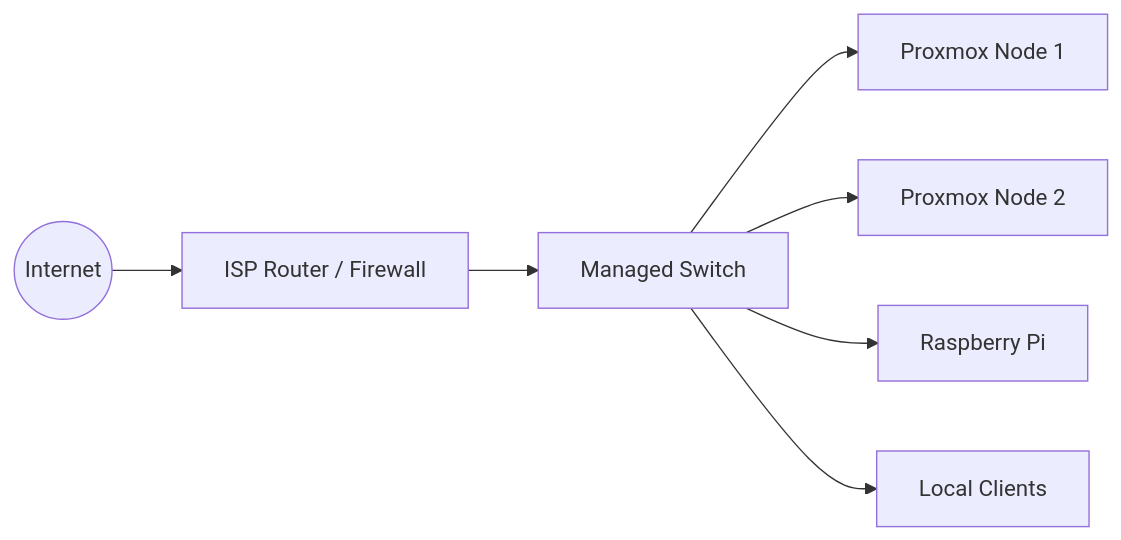
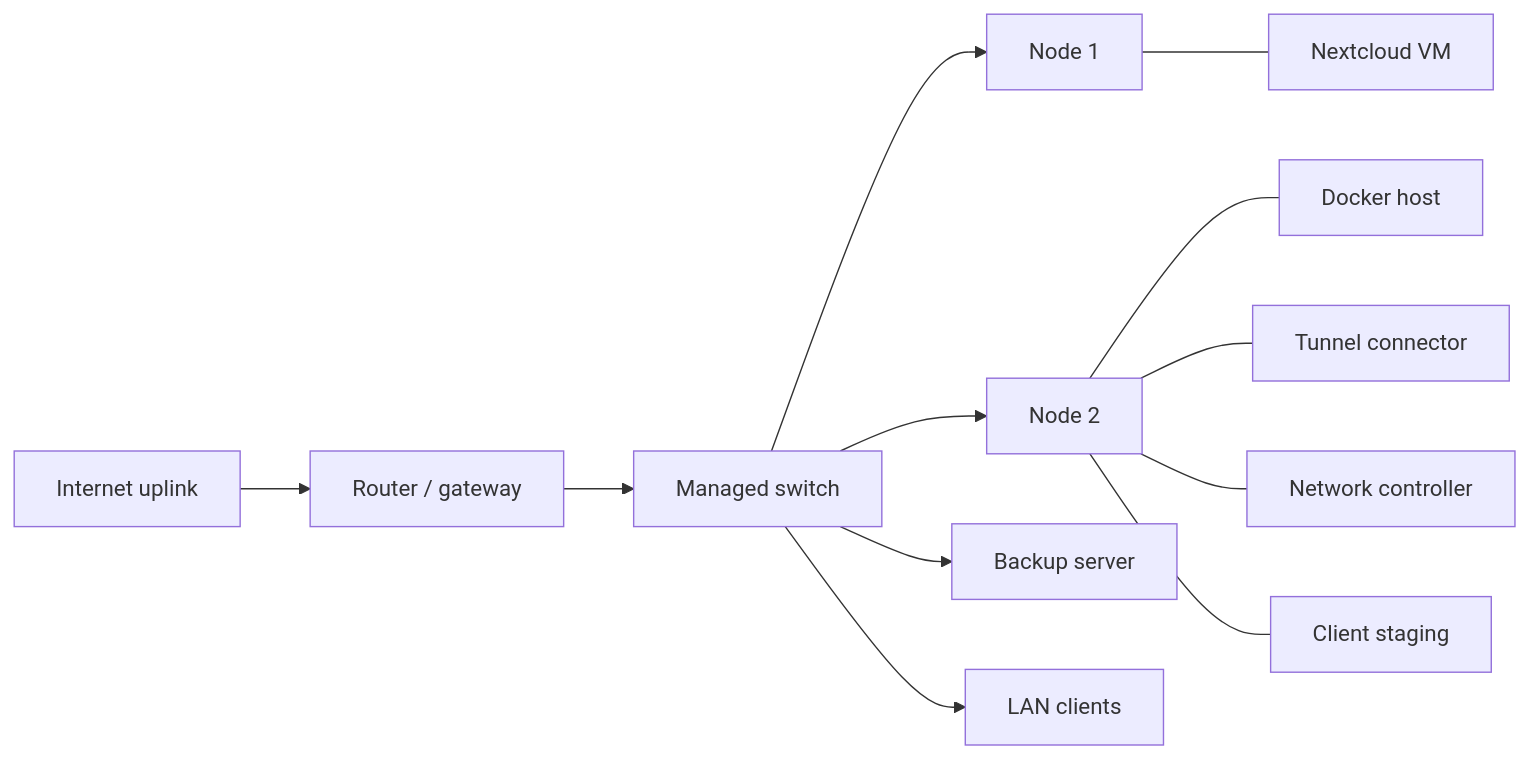
Before and after one commit to bugHunte3R/Proxmox: the diagram in diagrams/network-diagram.md, drawn with Mermaid. The commit also changed other lines of this file and 13 other files, not shown here.

Commit message:
docs: describe the homelab architecture and realisations with generic labels

````diff
--- a/diagrams/network-diagram.md
+++ b/diagrams/network-diagram.md
@@ -3,17 +3,22 @@
 ```mermaid
 flowchart LR
-    Internet((Internet))
-    Router[ISP Router / Firewall]
-    Switch[Managed Switch]
-    PVE1[Proxmox Node 1]
-    PVE2[Proxmox Node 2]
-    Pi[Raspberry Pi]
-    Clients[Local Clients]
+    Up[Internet uplink]
+    GW[Router / gateway]
+    SW[Managed switch]
+    N1[Node 1]
+    N2[Node 2]
+    PBS[Backup server]
+    Clients[LAN clients]
 
-    Internet --> Router
-    Router --> Switch
-    Switch --> PVE1
-    Switch --> PVE2
-    Switch --> Pi
-    Switch --> Clients
+    Up --> GW --> SW
+    SW --> N1
+    SW --> N2
+    SW --> PBS
+    SW --> Clients
+
+    N1 --- NC[Nextcloud VM]
+    N2 --- DK[Docker host]
+    N2 --- TUN[Tunnel connector]
+    N2 --- NET[Network controller]
+    N2 --- STG[Client staging]
 ```
````
